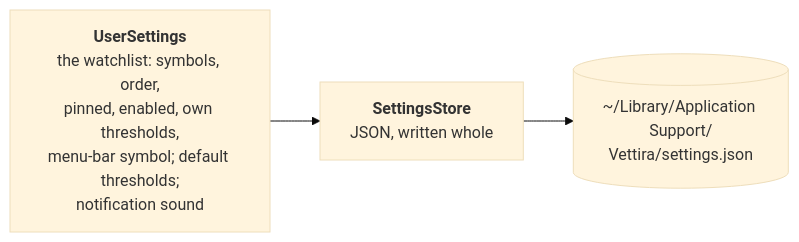
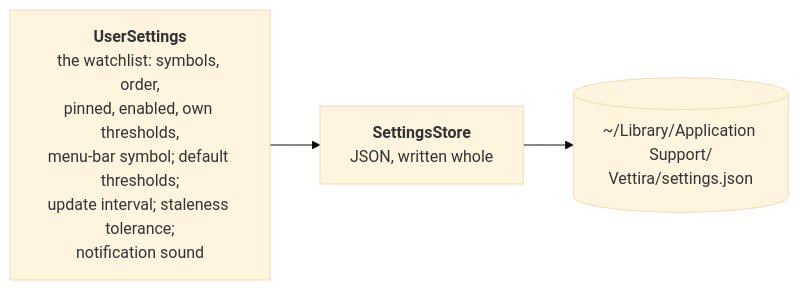
Before and after one commit to nikpietanze/vettira: the third of 5 diagrams in docs/architecture.md, drawn with Mermaid (base theme). The commit also changed other lines of this file and 37 other files, not shown here.

Commit message:
Add the dashboard's watchlist editing and a Settings window

````diff
--- a/docs/architecture.md
+++ b/docs/architecture.md
@@ -122,6 +167,6 @@
 ```mermaid
 flowchart LR
-    settings["<b>UserSettings</b><br/>the watchlist: symbols, order,<br/>pinned, enabled, own thresholds,<br/>menu-bar symbol; default thresholds;<br/>notification sound"]
+    settings["<b>UserSettings</b><br/>the watchlist: symbols, order,<br/>pinned, enabled, own thresholds,<br/>menu-bar symbol; default thresholds;<br/>update interval; staleness tolerance;<br/>notification sound"]
     store["<b>SettingsStore</b><br/>JSON, written whole"]
     settings --> store --> file[("~/Library/Application Support/<br/>Vettira/settings.json")]
 ```
````
